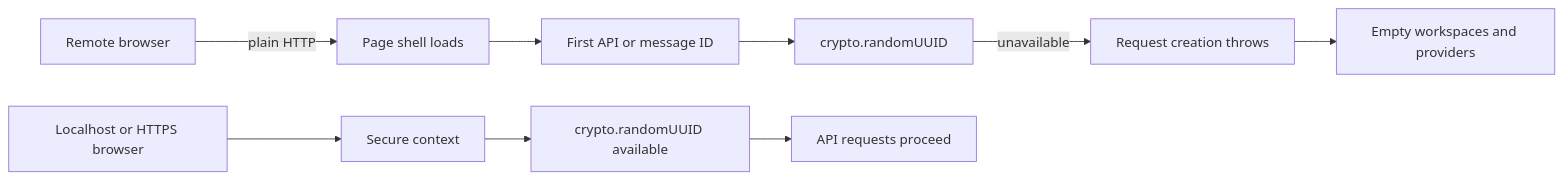
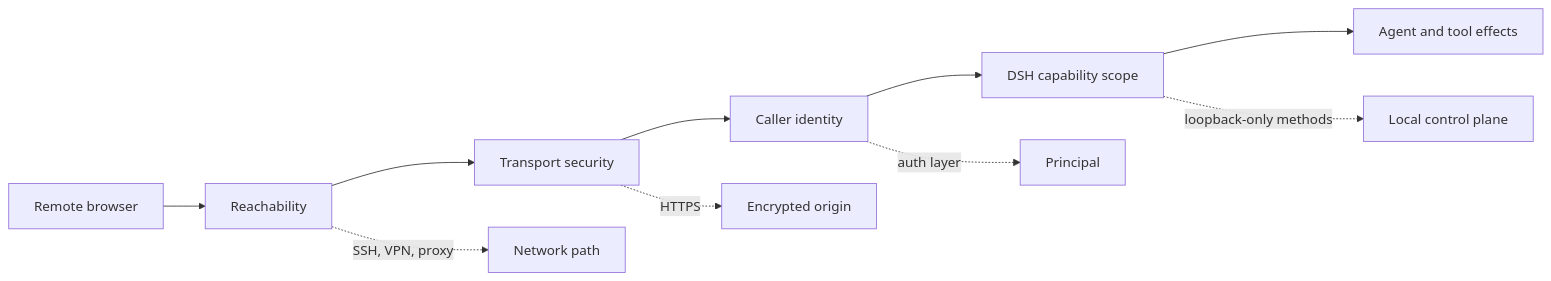
The diagram in docs/en/troubleshooting/remote-web-secure-context.md (sandbaseai/deepseek-harness-handbook), drawn with Mermaid before and after one commit. The commit also changed other lines of this file and 11 other files, not shown here.

````diff
--- a/docs/en/troubleshooting/remote-web-secure-context.md
+++ b/docs/en/troubleshooting/remote-web-secure-context.md
@@ -25,12 +41,13 @@
 ```mermaid
 flowchart LR
-  B[Remote browser] -->|plain HTTP| P[Page shell loads]
-  P --> R[First API or message ID]
-  R --> U[crypto.randomUUID]
-  U -->|unavailable| X[Request creation throws]
-  X --> E[Empty workspaces and providers]
+  B[Remote browser] --> R[Reachability]
+  R --> T[Transport security]
+  T --> I[Caller identity]
+  I --> C[DSH capability scope]
+  C --> A[Agent and tool effects]
 
-  B2[Localhost or HTTPS browser] --> C[Secure context]
-  C --> U2[crypto.randomUUID available]
-  U2 --> A[API requests proceed]
+  R -. "SSH, VPN, proxy" .-> N[Network path]
+  T -. "HTTPS" .-> E[Encrypted origin]
+  I -. "auth layer" .-> P[Principal]
+  C -. "loopback-only methods" .-> L[Local control plane]
 ```
````
